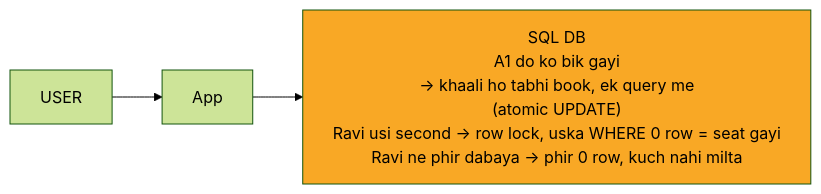
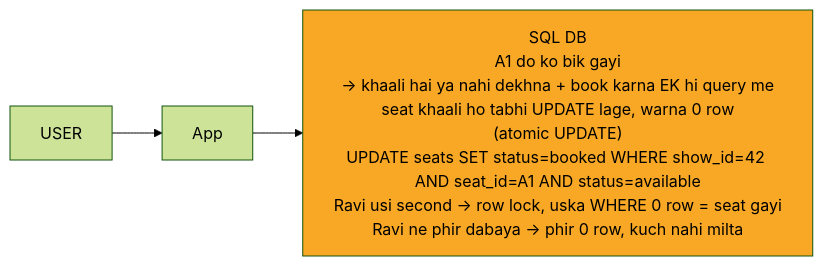
The second of 9 diagrams in 04_HLD/SYSTEM_DESIGNS/09_bookmyshow/09_bookmyshow_INTERVIEW.md (ArpanMaheshwari144/Prep), drawn with Mermaid (forest theme) before and after one commit. The commit also changed other lines of this file and 13 other files, not shown here.

````diff
--- a/04_HLD/SYSTEM_DESIGNS/09_bookmyshow/09_bookmyshow_INTERVIEW.md
+++ b/04_HLD/SYSTEM_DESIGNS/09_bookmyshow/09_bookmyshow_INTERVIEW.md
@@ -91,10 +95,10 @@
 ```mermaid
 %%{init: {"flowchart": {"wrappingWidth": 450}}}%%
 flowchart LR
     n_USER["USER"]
     n_App["App"]
-    n_SQL_DB["SQL DB<br/>A1 do ko bik gayi<br/>-> khaali ho tabhi book, ek query me<br/>(atomic UPDATE)<br/>Ravi usi second -> row lock, uska WHERE 0 row = seat gayi<br/>Ravi ne phir dabaya -> phir 0 row, kuch nahi milta"]
+    n_SQL_DB["SQL DB<br/>A1 do ko bik gayi<br/>-> khaali hai ya nahi dekhna + book karna EK hi query me<br/>seat khaali ho tabhi UPDATE lage, warna 0 row<br/>(atomic UPDATE)<br/>UPDATE seats SET status=booked WHERE show_id=42 AND seat_id=A1 AND status=available<br/>Ravi usi second -> row lock, uska WHERE 0 row = seat gayi<br/>Ravi ne phir dabaya -> phir 0 row, kuch nahi milta"]
     n_USER --> n_App
     n_App --> n_SQL_DB
     style n_SQL_DB fill:#f9a825,color:#000
 ```
````
